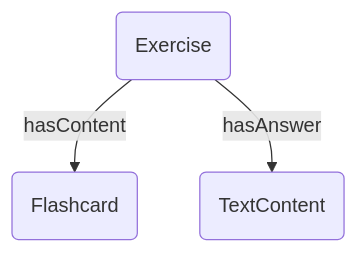
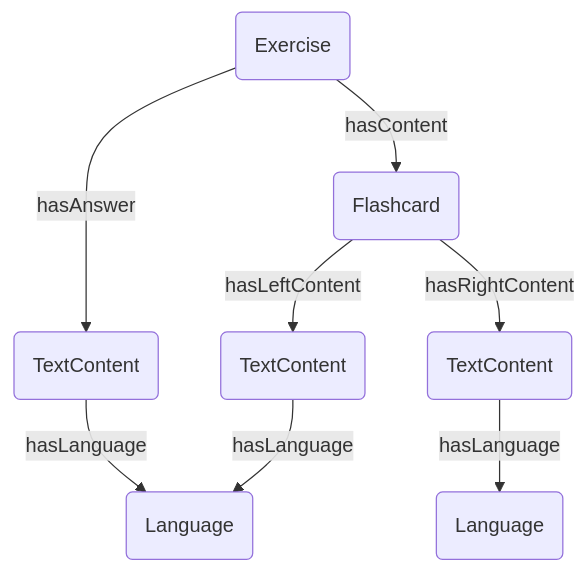
Before and after one commit to Explik/diybirdyapp: the eighth of 10 diagrams in docs/graph-representation.md, drawn with Mermaid. The commit also changed other lines of this file, not shown here.

Commit message:
Updating flashcard write exercise representation

````diff
--- a/docs/graph-representation.md
+++ b/docs/graph-representation.md
@@ -107,9 +107,18 @@
 ```mermaid
 graph TB
 Exercise(Exercise)
 Flashcard(Flashcard)
-TextContent(TextContent)
+TextContent1(TextContent)
+TextContent2A(TextContent)
+TextContent2B(TextContent)
+Language1(Language)
+Language2(Language)
 
 Exercise--hasContent-->Flashcard
-Exercise--hasAnswer-->TextContent
-``` 
+Flashcard--hasLeftContent-->TextContent2A
+Flashcard--hasRightContent-->TextContent2B
+TextContent2A--hasLanguage-->Language1
+TextContent2B--hasLanguage-->Language2
+Exercise--hasAnswer-->TextContent1
+TextContent1--hasLanguage-->Language1
+```
````
